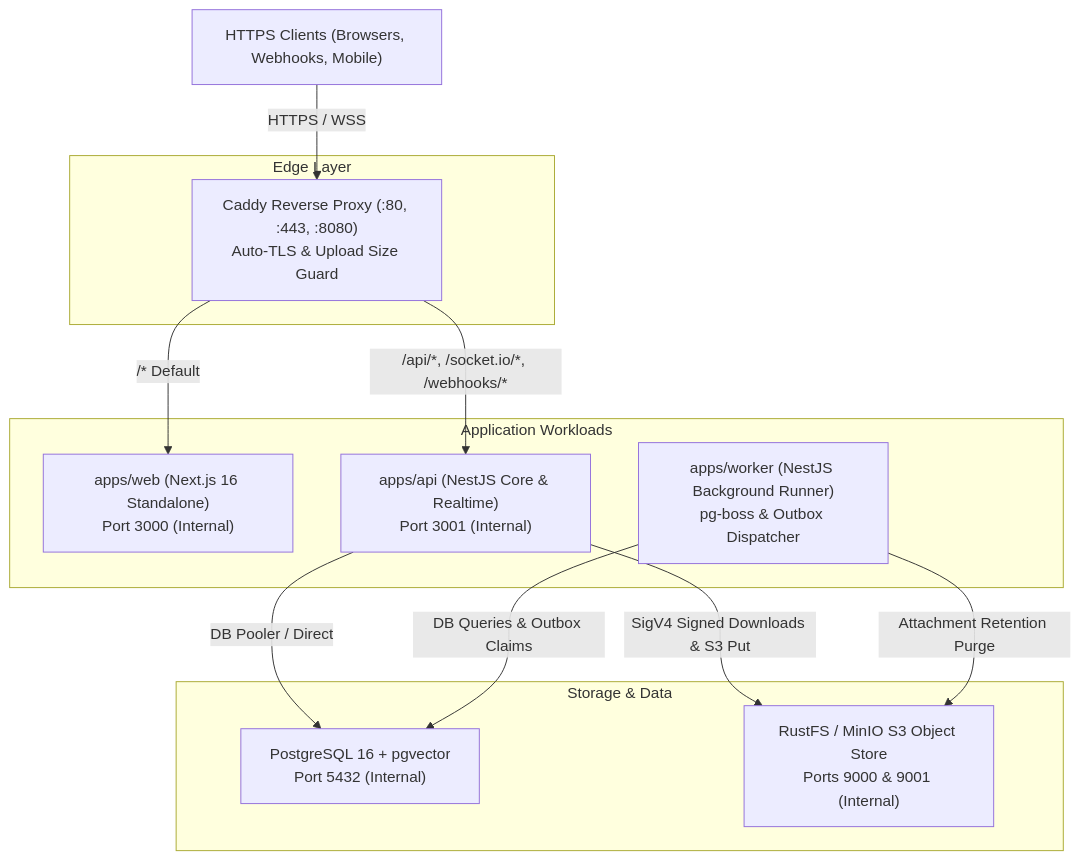
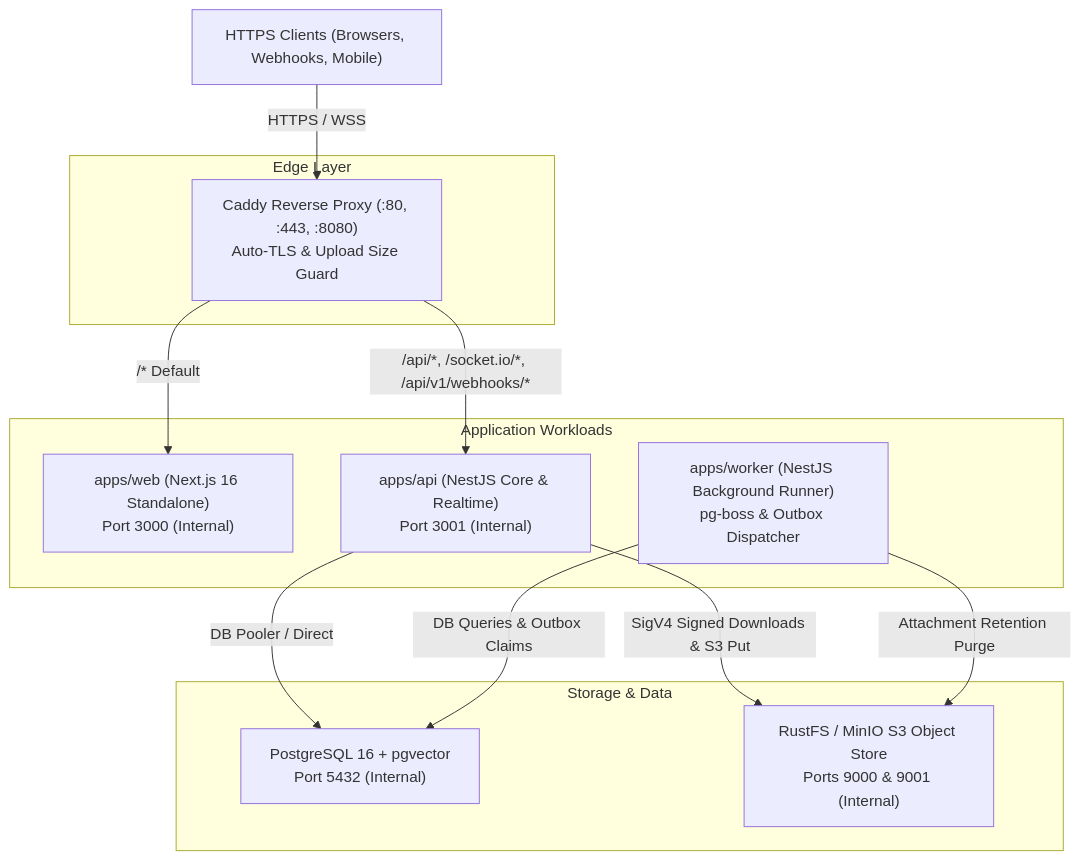
Before and after one commit to Alkanni/vynor-crm-system: the first of 2 diagrams in docs/infrastructure-and-deployment.md, drawn with Mermaid. The commit also changed other lines of this file and 145 other files, not shown here.

````diff
--- a/docs/infrastructure-and-deployment.md
+++ b/docs/infrastructure-and-deployment.md
@@ -11,27 +11,27 @@
 ```mermaid
 flowchart TD
     Client["HTTPS Clients (Browsers, Webhooks, Mobile)"]
 
     subgraph Edge Layer
         Caddy["Caddy Reverse Proxy (:80, :443, :8080)<br/>Auto-TLS & Upload Size Guard"]
     end
 
     subgraph Application Workloads
         Web["apps/web (Next.js 16 Standalone)<br/>Port 3000 (Internal)"]
         API["apps/api (NestJS Core & Realtime)<br/>Port 3001 (Internal)"]
         Worker["apps/worker (NestJS Background Runner)<br/>pg-boss & Outbox Dispatcher"]
     end
 
     subgraph Storage & Data
         Postgres["PostgreSQL 16 + pgvector<br/>Port 5432 (Internal)"]
         RustFS["RustFS / MinIO S3 Object Store<br/>Ports 9000 & 9001 (Internal)"]
     end
 
     Client -->|HTTPS / WSS| Caddy
     Caddy -->|/* Default| Web
-    Caddy -->|/api/*, /socket.io/*, /webhooks/*| API
+    Caddy -->|/api/*, /socket.io/*, /api/v1/webhooks/*| API
     API -->|DB Pooler / Direct| Postgres
     Worker -->|DB Queries & Outbox Claims| Postgres
     API -->|SigV4 Signed Downloads & S3 Put| RustFS
     Worker -->|Attachment Retention Purge| RustFS
 ```
````
